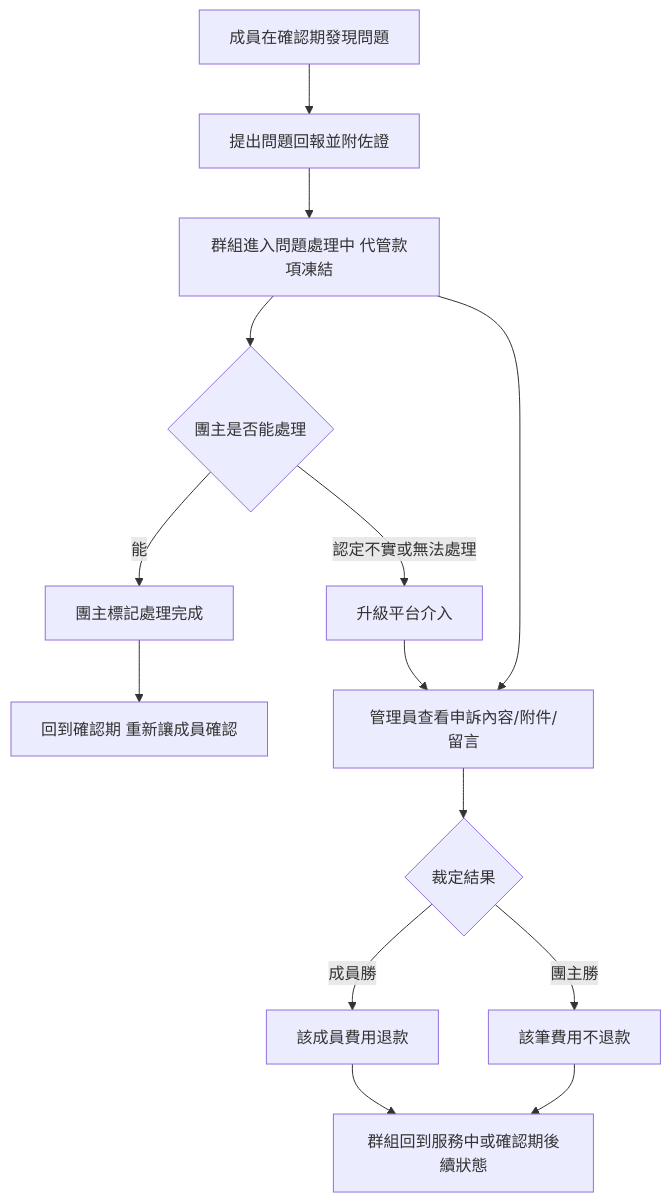
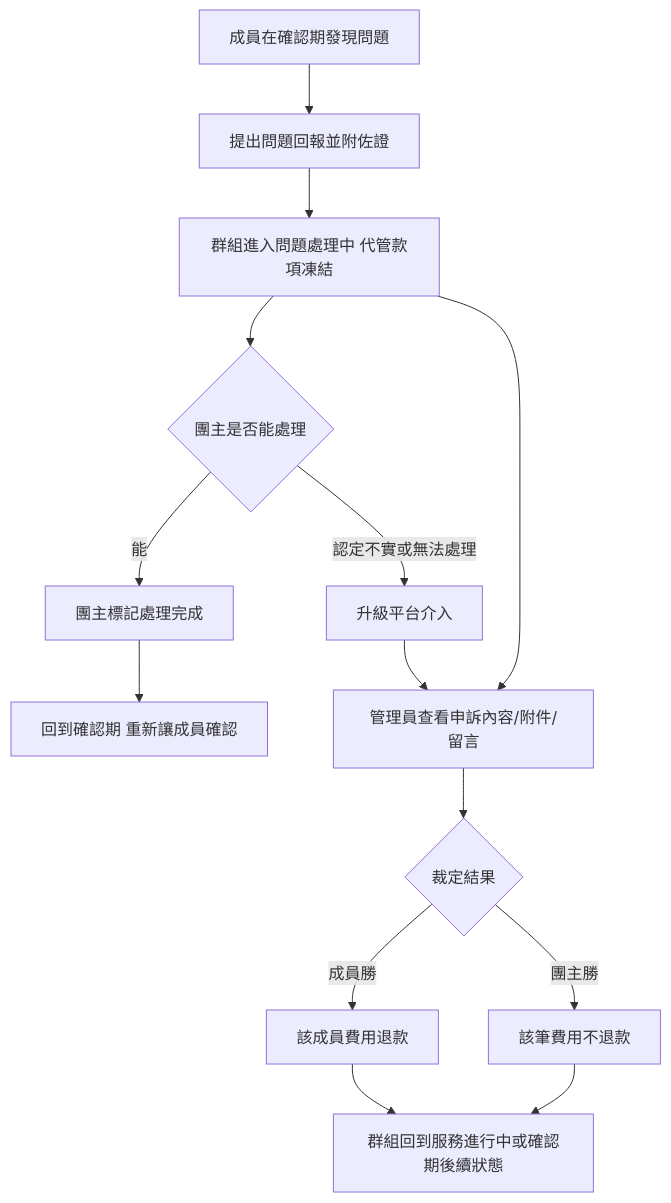
One commit to AndyChia0309/PartyMatch changed the sixth of 8 diagrams in docs/uiux/user-flow-map.md. Above: the diagram before and after it, drawn with Mermaid. The commit also changed other lines of this file and 45 other files, not shown here.

````diff
--- a/docs/uiux/user-flow-map.md
+++ b/docs/uiux/user-flow-map.md
@@ -150,16 +150,16 @@
 ```mermaid
 flowchart TD
   A[成員在確認期發現問題] --> B[提出問題回報並附佐證]
   B --> C[群組進入問題處理中 代管款項凍結]
   C --> D{團主是否能處理}
   D -->|能| E[團主標記處理完成]
   E --> F[回到確認期 重新讓成員確認]
   D -->|認定不實或無法處理| G[升級平台介入]
   C --> H[管理員查看申訴內容/附件/留言]
   G --> H
   H --> I{裁定結果}
   I -->|成員勝| J[該成員費用退款]
   I -->|團主勝| K[該筆費用不退款]
-  J --> L[群組回到服務中或確認期後續狀態]
+  J --> L[群組回到服務進行中或確認期後續狀態]
   K --> L
 ```
````
